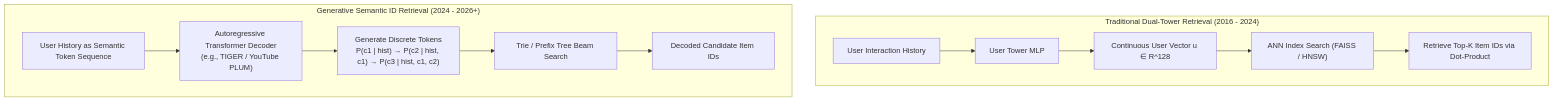
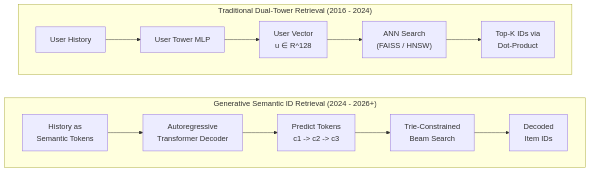
Before and after one commit to jyotipmahes/ML-Interview-Prep: diagram 15 of 18 in System_Design/01_Recommendation_Systems/Part_1_Retrieval_and_Candidate_Generation.md, drawn with Mermaid. The commit also changed other lines of this file, not shown here.

````diff
--- a/System_Design/01_Recommendation_Systems/Part_1_Retrieval_and_Candidate_Generation.md
+++ b/System_Design/01_Recommendation_Systems/Part_1_Retrieval_and_Candidate_Generation.md
@@ -771,16 +905,20 @@
 ```mermaid
 flowchart TD
     subgraph Traditional ["Traditional Dual-Tower Retrieval (2016 - 2024)"]
-        T1["User Interaction History"] --> T2["User Tower MLP"]
-        T2 --> T3["Continuous User Vector u ∈ R^128"]
-        T3 --> T4["ANN Index Search (FAISS / HNSW)"]
-        T4 --> T5["Retrieve Top-K Item IDs via Dot-Product"]
+        direction LR
+        T1["User History"] --> T2["User Tower MLP"]
+        T2 --> T3["User Vector<br/>u ∈ R^128"]
+        T3 --> T4["ANN Search<br/>(FAISS / HNSW)"]
+        T4 --> T5["Top-K IDs via<br/>Dot-Product"]
     end
 
     subgraph Generative ["Generative Semantic ID Retrieval (2024 - 2026+)"]
-        G1["User History as Semantic Token Sequence"] --> G2["Autoregressive Transformer Decoder<br/>(e.g., TIGER / YouTube PLUM)"]
-        G2 --> G3["Generate Discrete Tokens<br/>P(c1 | hist) → P(c2 | hist, c1) → P(c3 | hist, c1, c2)"]
-        G3 --> G4["Trie / Prefix Tree Beam Search"]
-        G4 --> G5["Decoded Candidate Item IDs"]
+        direction LR
+        G1["History as<br/>Semantic Tokens"] --> G2["Autoregressive<br/>Transformer Decoder"]
+        G2 --> G3["Predict Tokens<br/>c1 -> c2 -> c3"]
+        G3 --> G4["Trie-Constrained<br/>Beam Search"]
+        G4 --> G5["Decoded<br/>Item IDs"]
     end
+
+    Traditional ~~~ Generative
 ```
````
